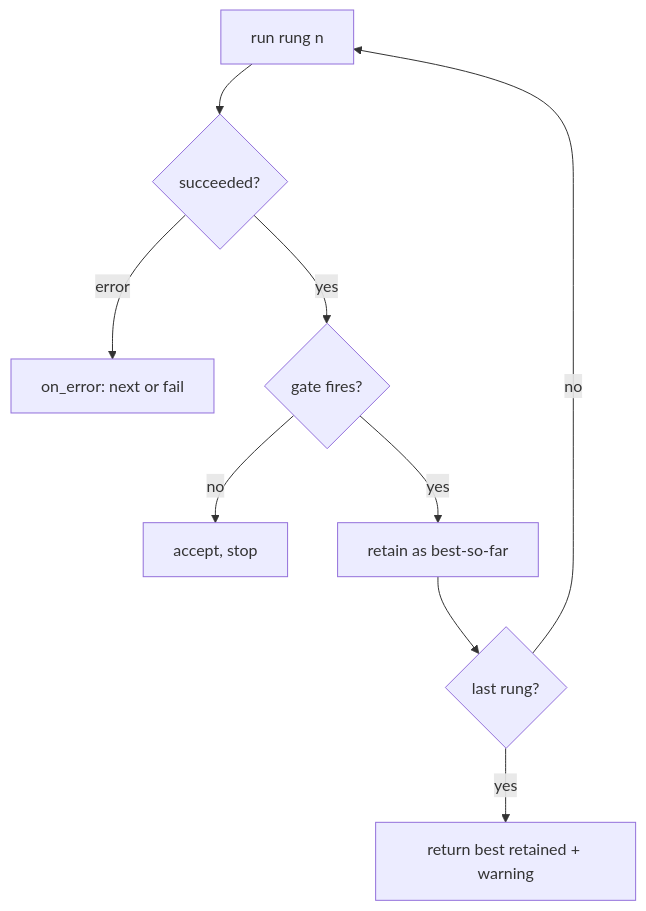
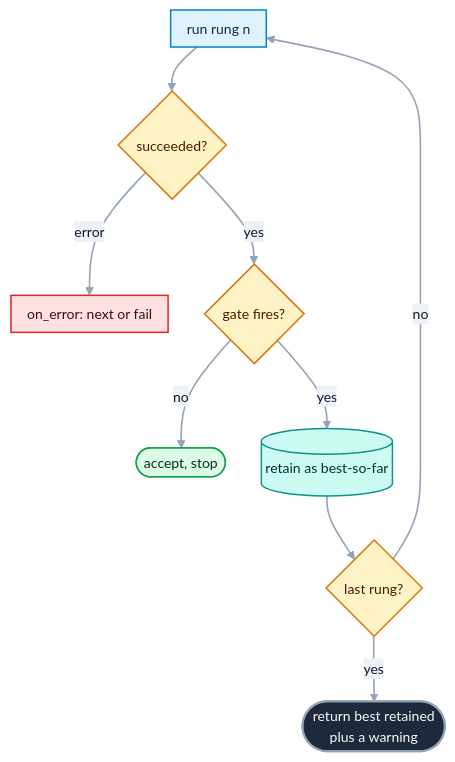
The second of 2 diagrams in src/openreading/strategies/README.md (openreading-ai/openreading-core), drawn with Mermaid before and after one commit. The commit also changed other lines of this file and 8 other files, not shown here.

````diff
--- a/src/openreading/strategies/README.md
+++ b/src/openreading/strategies/README.md
@@ -646,10 +661,21 @@
 ```mermaid
+%%{init: {"theme":"base","themeVariables":{"fontFamily":"ui-sans-serif, system-ui, -apple-system, Segoe UI, Roboto, sans-serif","fontSize":"14px","lineColor":"#94a3b8","textColor":"#334155","primaryTextColor":"#0f172a","edgeLabelBackground":"#eef2f7","clusterBkg":"#f8fafc","clusterBorder":"#cbd5e1","titleColor":"#334155"},"flowchart":{"curve":"basis","nodeSpacing":36,"rankSpacing":44,"padding":8,"useMaxWidth":true}}}%%
 flowchart TD
-  R["run rung n"] --> OK{"succeeded?"}
-  OK -- "error" --> NEXT["on_error: next or fail"]
-  OK -- "yes" --> G{"gate fires?"}
-  G -- "no" --> ACC["accept, stop"]
-  G -- "yes" --> KEEP["retain as best-so-far"] --> LAST{"last rung?"}
+  R["run rung n"]:::work --> OK{"succeeded?"}:::gate
+  OK -- "error" --> NEXT["on_error: next or fail"]:::bad
+  OK -- "yes" --> G{"gate fires?"}:::gate
+  G -- "no" --> ACC(["accept, stop"]):::good
+  G -- "yes" --> KEEP[("retain as best-so-far")]:::store
+  KEEP --> LAST{"last rung?"}:::gate
   LAST -- "no" --> R
-  LAST -- "yes" --> BEST["return best retained + warning"]
+  LAST -- "yes" --> BEST(["return best retained<br>plus a warning"]):::hero
+  classDef src fill:#eef2ff,stroke:#6366f1,stroke-width:1.5px,color:#1e1b4b;
+  classDef work fill:#e0f2fe,stroke:#0284c7,stroke-width:1.5px,color:#082f49;
+  classDef gate fill:#fef3c7,stroke:#d97706,stroke-width:1.5px,color:#451a03;
+  classDef good fill:#dcfce7,stroke:#16a34a,stroke-width:1.5px,color:#052e16;
+  classDef bad fill:#fee2e2,stroke:#dc2626,stroke-width:1.5px,color:#450a0a;
+  classDef store fill:#ccfbf1,stroke:#0d9488,stroke-width:1.5px,color:#042f2e;
+  classDef out fill:#f3e8ff,stroke:#9333ea,stroke-width:1.5px,color:#3b0764;
+  classDef hero fill:#1e293b,stroke:#94a3b8,stroke-width:2px,color:#f8fafc;
+  linkStyle default stroke-width:1.6px;
 ```
````
